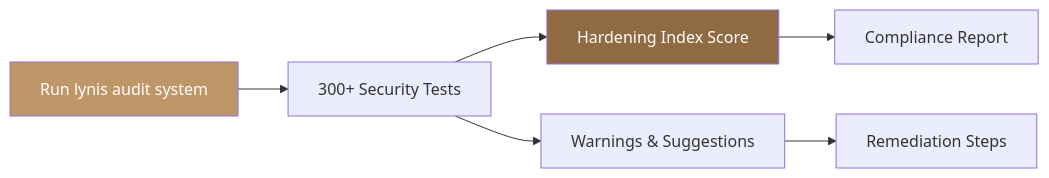
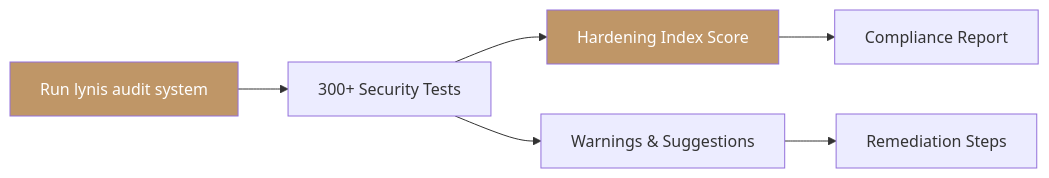
Before and after one commit to ankur-kumar87/docs-polystack: the diagram in security/lynis.mdx, drawn with Mermaid. The commit also changed other lines of this file and 186 other files, not shown here.

````diff
--- a/security/lynis.mdx
+++ b/security/lynis.mdx
@@ -28,10 +27,10 @@
 ```mermaid
 graph LR
     A[Run lynis audit system] --> B[300+ Security Tests]
     B --> C[Hardening Index Score]
     B --> D[Warnings & Suggestions]
     D --> E[Remediation Steps]
     C --> F[Compliance Report]
     style A fill:#bf9667,color:#fff
-    style C fill:#8f6a43,color:#fff
+    style C fill:#bf9667,color:#fff
 ```
````
